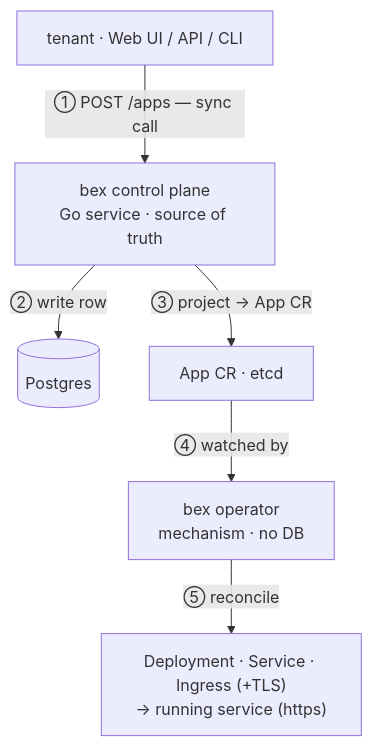
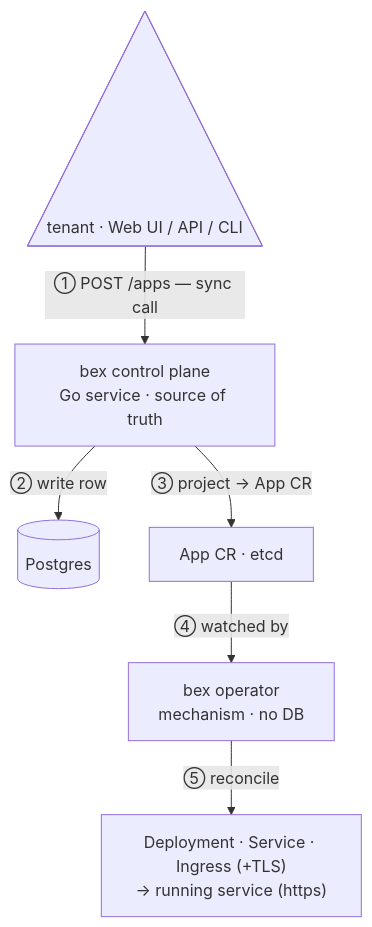
Before and after one commit to cuckoo-network/cuckoo: the diagram in docs/control-plane.md, drawn with Mermaid. The commit also changed 3 other files, not shown here.

First line of the commit message:
docs(mermaid): draw humans as shape:tri triangles in architecture diagrams

````diff
--- a/docs/control-plane.md
+++ b/docs/control-plane.md
@@ -24,14 +24,14 @@
 ```mermaid
 flowchart TB
-  tenant["tenant · Web UI / API / CLI"]
+  tenant@{ shape: tri, label: "tenant · Web UI / API / CLI" }
   cp["bex control plane<br/>Go service · source of truth"]
   pg[("Postgres")]
   cr["App CR · etcd"]
   op["bex operator<br/>mechanism · no DB"]
   run["Deployment · Service · Ingress (+TLS)<br/>→ running service (https)"]
   tenant -->|"① POST /apps — sync call"| cp
   cp -->|"② write row"| pg
   cp -->|"③ project → App CR"| cr
   cr -->|"④ watched by"| op
   op -->|"⑤ reconcile"| run
 ```
````
